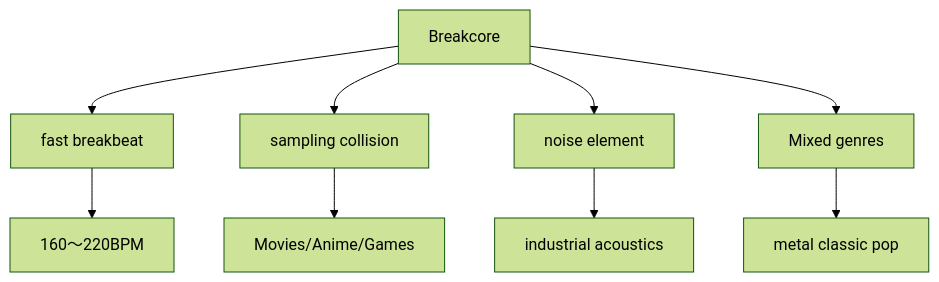
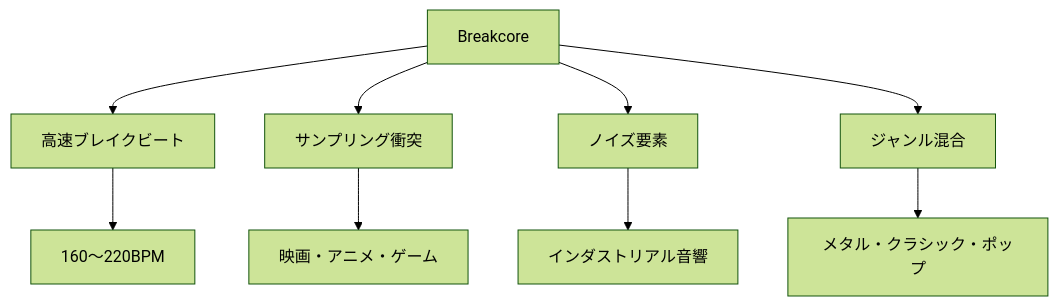
Before and after one commit to monumental-movement/monumental-movement.github.io: the second of 2 diagrams in en/_posts/2026-03-14-column-why-breakcore-is-suddenly-back.md, drawn with Mermaid (forest theme). The commit also changed other lines of this file and 2196 other files, not shown here.

```diff
--- a/en/_posts/2026-03-14-column-why-breakcore-is-suddenly-back.md
+++ b/en/_posts/2026-03-14-column-why-breakcore-is-suddenly-back.md
@@ -293,13 +292,13 @@
 <div class="mermaid">
 graph TD
-A[Breakcore] --> B[fast breakbeat]
-A --> C[sampling collision]
-A --> D[noise element]
-A --> E[Mixed genres]
+A[Breakcore] --> B[高速ブレイクビート]
+A --> C[サンプリング衝突]
+A --> D[ノイズ要素]
+A --> E[ジャンル混合]
 
 B --> F[160〜220BPM]
-C --> G[Movies/Anime/Games]
-D --> H[industrial acoustics]
-E --> I[metal classic pop]
+C --> G[映画・アニメ・ゲーム]
+D --> H[インダストリアル音響]
+E --> I[メタル・クラシック・ポップ]
 
 </div>
```
